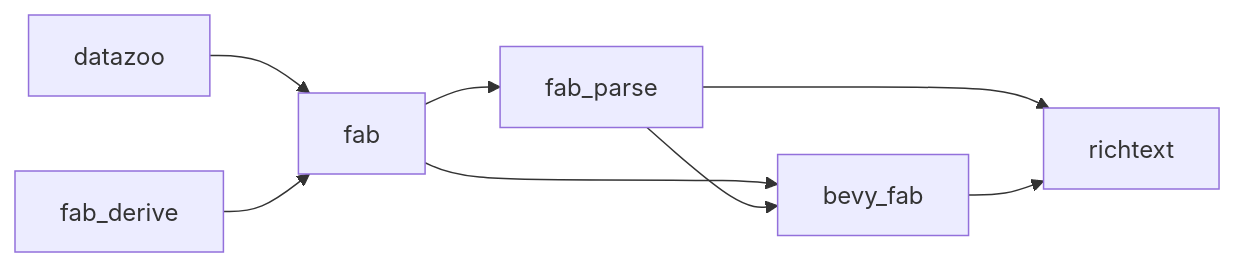
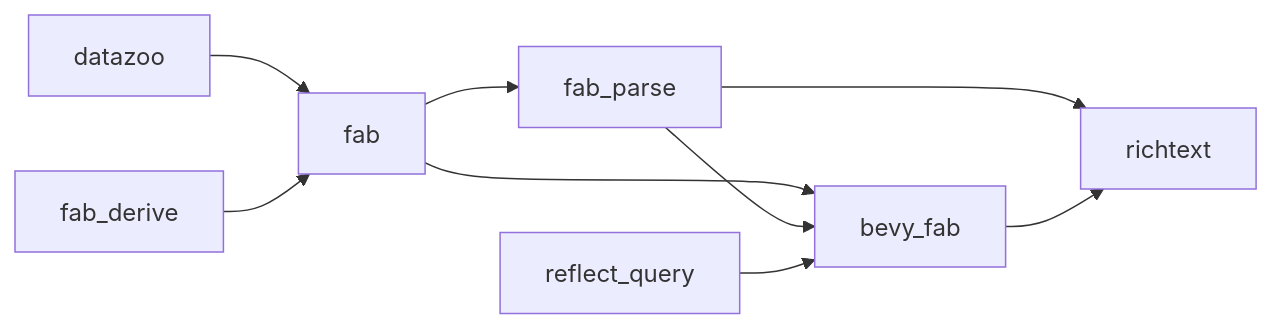
One commit to nicopap/cuicui changed the diagram in Readme.md. Above: the diagram before and after it, drawn with Mermaid. The commit also changed other lines of this file, not shown here.

Commit message:
Add reflect_query to the dependency graph

````diff
--- a/Readme.md
+++ b/Readme.md
@@ -85,14 +87,16 @@
 ```mermaid
 flowchart LR
-  datazoo["`datazoo`"]
-  fab_derive["`fab_derive`"]
-  fab["`fab`"]
-  fab_parse["`fab_parse`"]
-  bevy_fab["`bevy_fab`"]
-  richtext["`richtext`"]
+  datazoo["datazoo"]
+  fab_derive["fab_derive"]
+  fab["fab"]
+  fab_parse["fab_parse"]
+  reflect_query["reflect_query"]
+  bevy_fab["bevy_fab"]
+  richtext["richtext"]
   datazoo --> fab
   fab_derive --> fab
   fab --> fab_parse & bevy_fab
   fab_parse --> bevy_fab & richtext
+  reflect_query --> bevy_fab
   bevy_fab --> richtext
 ```
````
